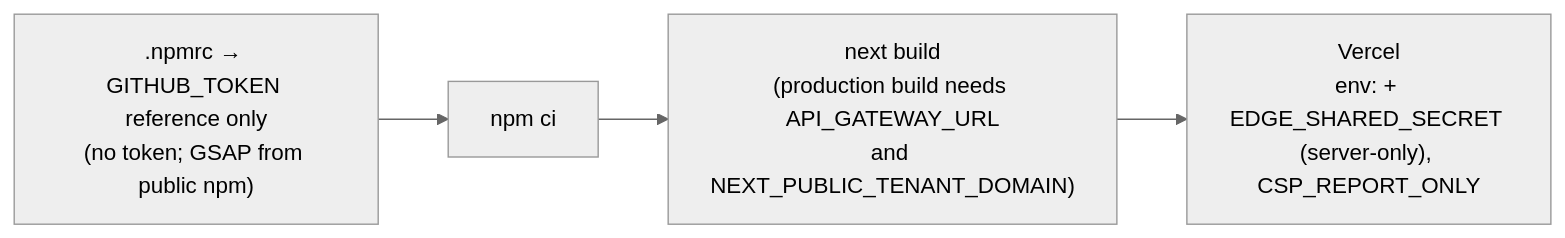
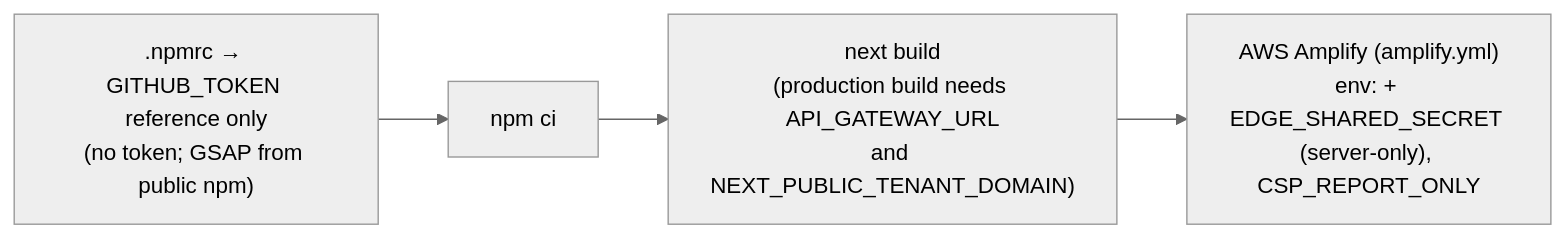
The sixth of 6 diagrams in docs/architecture/solution-architecture.md (Zerror-Studios/deveshe), drawn with Mermaid (neutral theme) before and after one commit. The commit also changed other lines of this file and 3 other files, not shown here.

First line of the commit message:
docs: frontends are hosted on AWS Amplify, not Vercel

````diff
--- a/docs/architecture/solution-architecture.md
+++ b/docs/architecture/solution-architecture.md
@@ -152,4 +152,4 @@
 ```mermaid
 flowchart LR
-    NPMRC[".npmrc → GITHUB_TOKEN reference only<br/>(no token; GSAP from public npm)"] --> CI["npm ci"] --> NB["next build<br/>(production build needs API_GATEWAY_URL<br/>and NEXT_PUBLIC_TENANT_DOMAIN)"] --> HOST["Vercel<br/>env: + EDGE_SHARED_SECRET (server-only), CSP_REPORT_ONLY"]
+    NPMRC[".npmrc → GITHUB_TOKEN reference only<br/>(no token; GSAP from public npm)"] --> CI["npm ci"] --> NB["next build<br/>(production build needs API_GATEWAY_URL<br/>and NEXT_PUBLIC_TENANT_DOMAIN)"] --> HOST["AWS Amplify (amplify.yml)<br/>env: + EDGE_SHARED_SECRET (server-only), CSP_REPORT_ONLY"]
 ```
````
